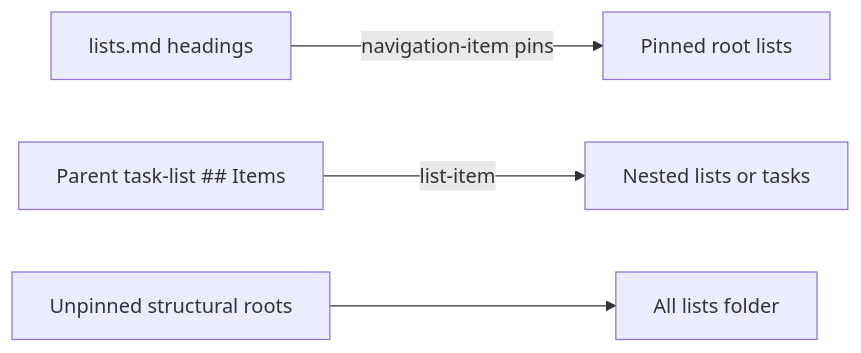
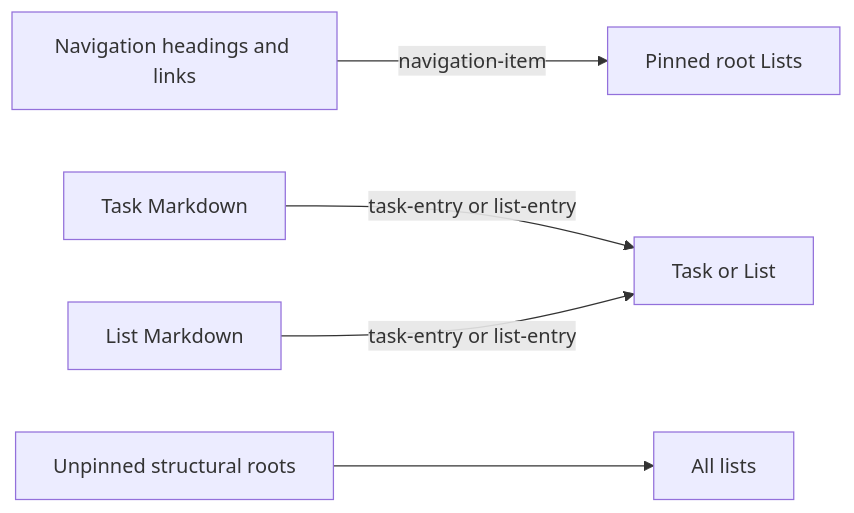
One commit to lapismd/lapis-plugin-tasks changed the diagram in spec/src/plugins/tasks/lists.md. Above: the diagram before and after it, drawn with Mermaid. The commit also changed other lines of this file and 5 other files, not shown here.

First line of the commit message:
Document the Markdown-native structural task model

````diff
--- a/spec/src/plugins/tasks/lists.md
+++ b/spec/src/plugins/tasks/lists.md
@@ -20,6 +8,7 @@
 ```mermaid
 flowchart LR
-  nav["lists.md headings"] -->|"navigation-item pins"| roots["Pinned root lists"]
-  parent["Parent task-list ## Items"] -->|"list-item"| nested["Nested lists or tasks"]
-  unpinned["Unpinned structural roots"] --> allLists["All lists folder"]
+  nav["Navigation headings and links"] -->|"navigation-item"| roots["Pinned root Lists"]
+  taskDoc["Task Markdown"] -->|"task-entry or list-entry"| child["Task or List"]
+  listDoc["List Markdown"] -->|"task-entry or list-entry"| child
+  unpinned["Unpinned structural roots"] --> allLists["All lists"]
 ```
````
